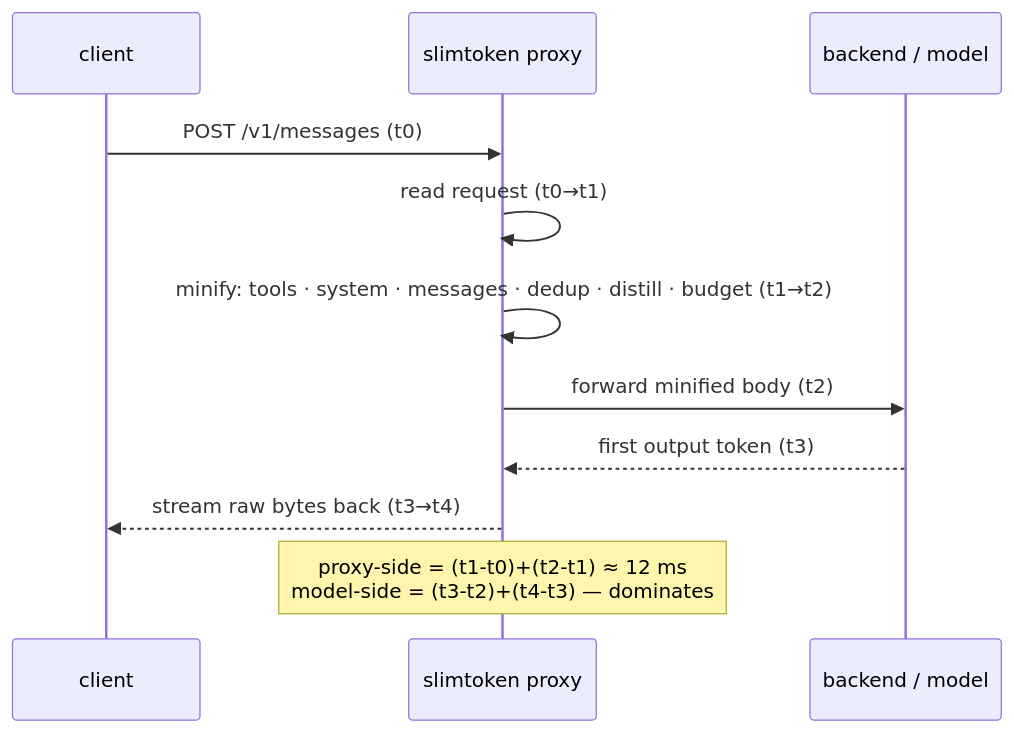
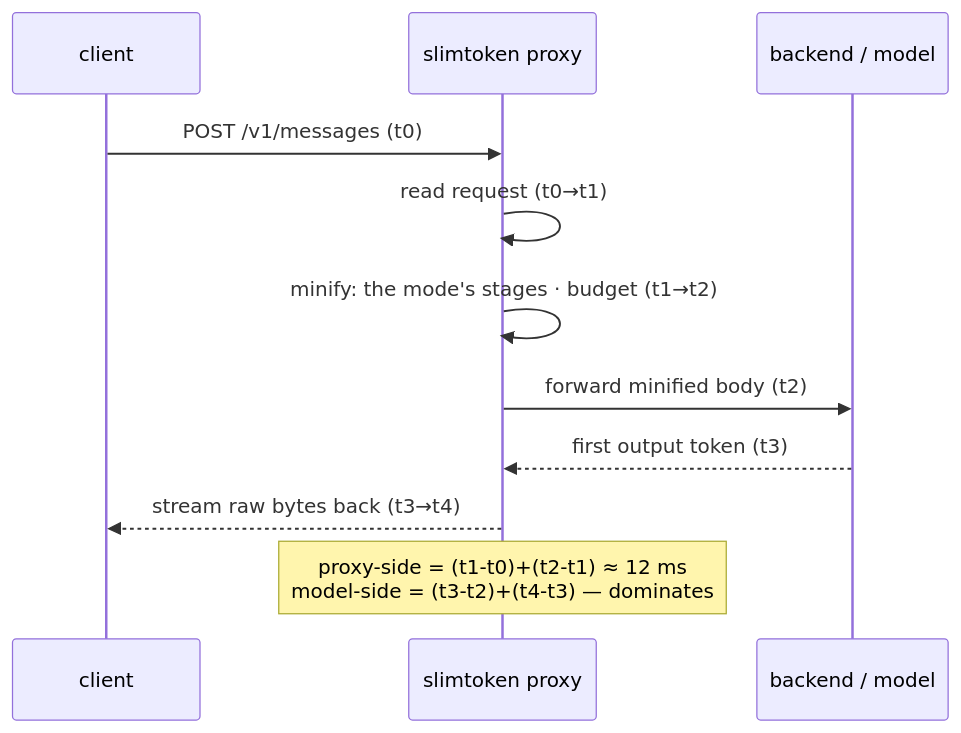
Before and after one commit to greyok00/slimtoken: the first of 3 diagrams in README.md, drawn with Mermaid. The commit also changed other lines of this file and 2 other files, not shown here.

````diff
--- a/README.md
+++ b/README.md
@@ -180,13 +201,13 @@
 ```mermaid
 sequenceDiagram
     participant C as client
     participant P as slimtoken proxy
     participant B as backend / model
     C->>P: POST /v1/messages  (t0)
     P->>P: read request  (t0→t1)
-    P->>P: minify: tools · system · messages · dedup · distill · budget  (t1→t2)
+    P->>P: minify: the mode's stages · budget  (t1→t2)
     P->>B: forward minified body  (t2)
     B-->>P: first output token  (t3)
     P-->>C: stream raw bytes back  (t3→t4)
     Note over P: proxy-side = (t1-t0)+(t2-t1) ≈ 12 ms<br/>model-side = (t3-t2)+(t4-t3) — dominates
 ```
````
